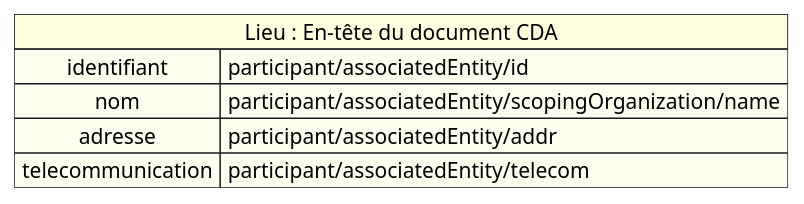
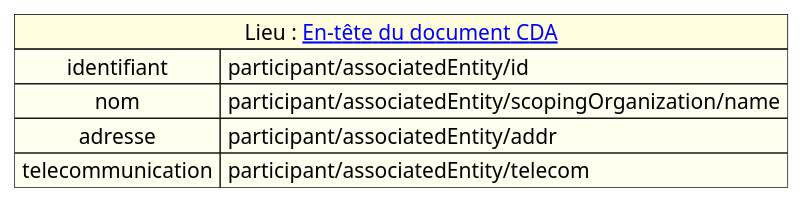
Before and after one commit to ansforge/IG-fhir-transfert-donnees-dui-esms: the diagram in input/images-source/mapping_lieu.plantuml, drawn with PlantUML. The commit also changed 2 other files, not shown here.

```diff
--- a/input/images-source/mapping_lieu.plantuml
+++ b/input/images-source/mapping_lieu.plantuml
@@ -1,10 +1,10 @@
 @startuml
 
-map "Lieu : En-tête du document CDA" as Lieu #back:Ivory;header:LightYellow{
+map "Lieu : [[contenu_dossier_entete_cda.html En-tête du document CDA]]" as Lieu #back:Ivory;header:LightYellow{
     identifiant => participant/associatedEntity/id    
     nom => participant/associatedEntity/scopingOrganization/name
     adresse => participant/associatedEntity/addr
     telecommunication => participant/associatedEntity/telecom 
 }
 
 @enduml
```
